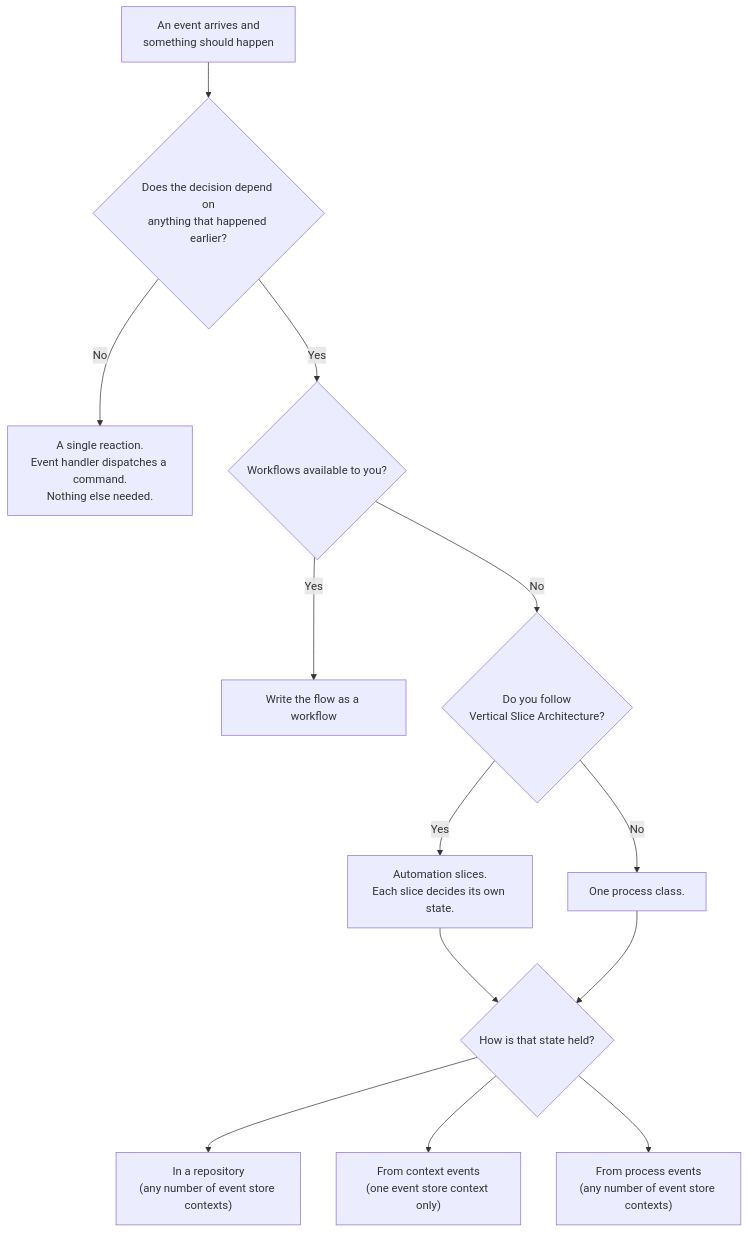
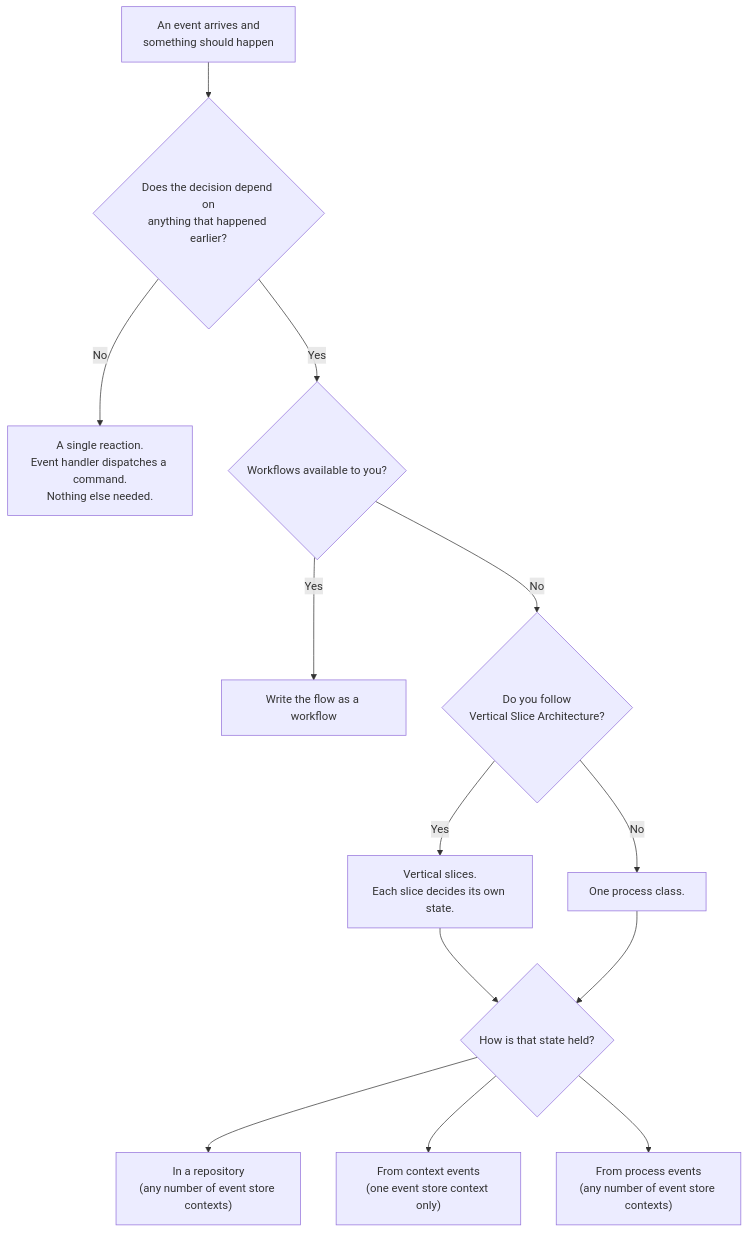
One commit to AxonIQ/axoniq-framework changed the diagram in _import/AxonFramework/docs/saga-guide/modules/ROOT/pages/index.adoc. Above: the diagram before and after it, drawn with Mermaid. The commit also changed other lines of this file and 22 other files, not shown here.

First line of the commit message:
[#4619] Rename the automations recipe to vertical slices and add event models

```diff
--- a/_import/AxonFramework/docs/saga-guide/modules/ROOT/pages/index.adoc
+++ b/_import/AxonFramework/docs/saga-guide/modules/ROOT/pages/index.adoc
@@ -206,29 +206,29 @@
 [mermaid,saga-choosing-an-approach,svg]
 ----
 flowchart TD
     START["An event arrives and<br/>something should happen"]
     STATE{"Does the decision depend on<br/>anything that happened earlier?"}
     REACTION["A single reaction.<br/>Event handler dispatches a command.<br/>Nothing else needed."]
     WORKFLOW{"Workflows available to you?"}
     USEWF["Write the flow as a workflow"]
     SLICES{"Do you follow<br/>Vertical Slice Architecture?"}
-    AUTOMATION["Automation slices.<br/>Each slice decides its own state."]
+    AUTOMATION["Vertical slices.<br/>Each slice decides its own state."]
     ONECLASS["One process class."]
     HOWSTATE{"How is that state held?"}
     REPO["In a repository<br/>(any number of event store contexts)"]
     CONTEXT["From context events<br/>(one event store context only)"]
     PROCESS["From process events<br/>(any number of event store contexts)"]
 
     START --> STATE
     STATE -->|No| REACTION
     STATE -->|Yes| WORKFLOW
     WORKFLOW -->|Yes| USEWF
     WORKFLOW -->|No| SLICES
     SLICES -->|Yes| AUTOMATION
     SLICES -->|No| ONECLASS
     AUTOMATION --> HOWSTATE
     ONECLASS --> HOWSTATE
     HOWSTATE --> REPO
     HOWSTATE --> CONTEXT
     HOWSTATE --> PROCESS
 ----
```
